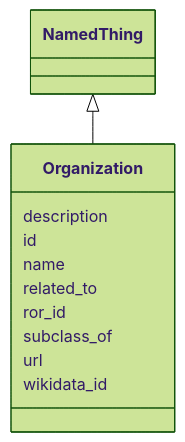
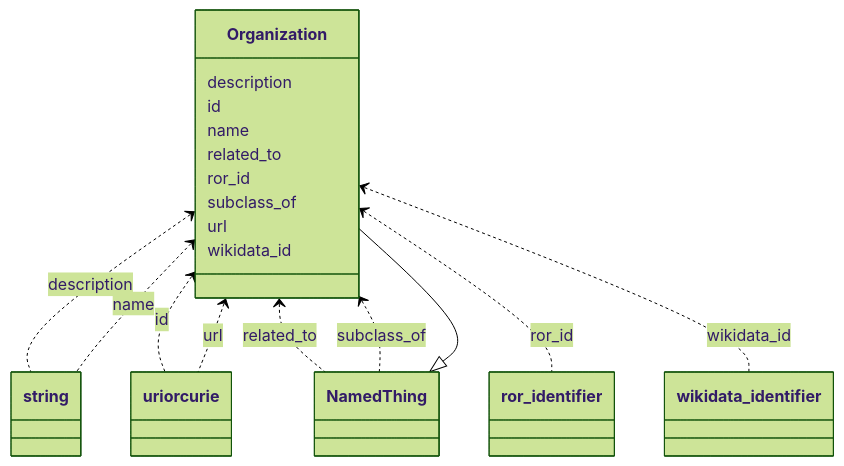
The diagram in docs/Organization.md (bridge2ai/b2ai-standards-registry), drawn with Mermaid (forest theme) before and after one commit. The commit also changed other lines of this file and 89 other files, not shown here.

````diff
--- a/docs/Organization.md
+++ b/docs/Organization.md
@@ -11,15 +11,23 @@
 ```mermaid
  classDiagram
     class Organization
       NamedThing <|-- Organization
       
       Organization : description
+        Organization <.. string : description
       Organization : id
+        Organization <.. uriorcurie : id
       Organization : name
+        Organization <.. string : name
       Organization : related_to
+        Organization <.. NamedThing : related_to
       Organization : ror_id
+        Organization <.. ror_identifier : ror_id
       Organization : subclass_of
+        Organization <.. NamedThing : subclass_of
       Organization : url
+        Organization <.. uriorcurie : url
       Organization : wikidata_id
+        Organization <.. wikidata_identifier : wikidata_id
       
 ```
````
